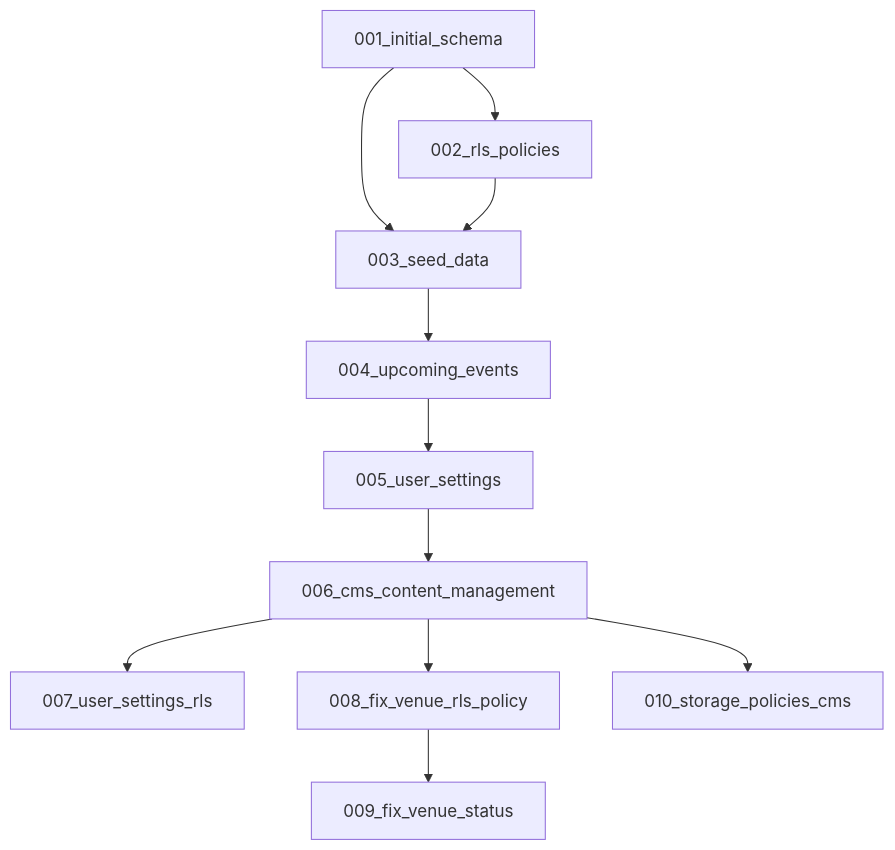
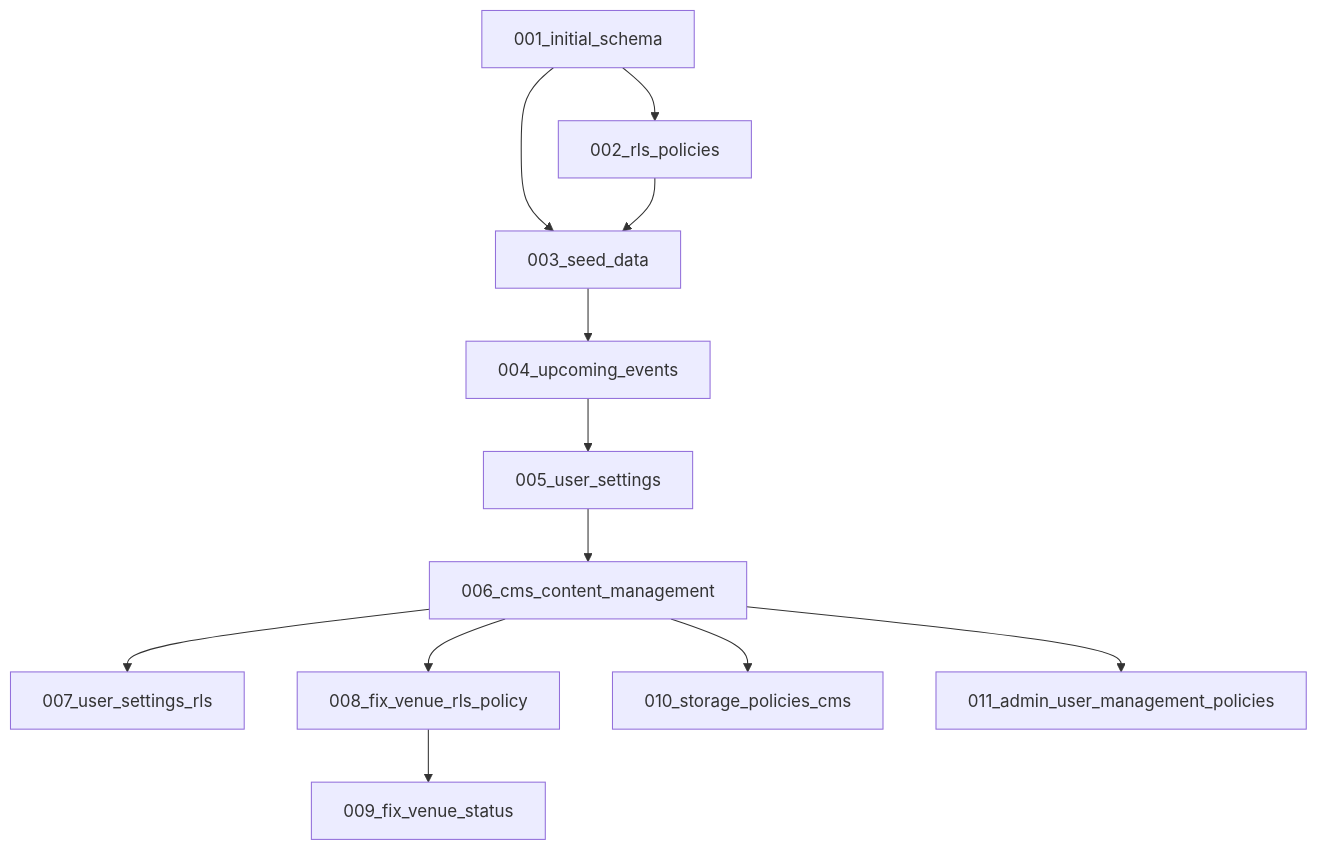
One commit to 00quasr/drift changed the diagram in supabase/MIGRATION_INDEX.md. Above: the diagram before and after it, drawn with Mermaid. The commit also changed other lines of this file and 4 other files, not shown here.

First line of the commit message:
Add admin user management system and update RLS policies

````diff
--- a/supabase/MIGRATION_INDEX.md
+++ b/supabase/MIGRATION_INDEX.md
@@ -108,13 +129,14 @@
 ```mermaid
 graph TD
     A[001_initial_schema] --> B[002_rls_policies]
     A --> C[003_seed_data]
     B --> C
     C --> D[004_upcoming_events]
     D --> E[005_user_settings]
     E --> F[006_cms_content_management]
     F --> G[007_user_settings_rls]
     F --> H[008_fix_venue_rls_policy]
     H --> I[009_fix_venue_status]
     F --> J[010_storage_policies_cms]
+    F --> K[011_admin_user_management_policies]
 ```
````
